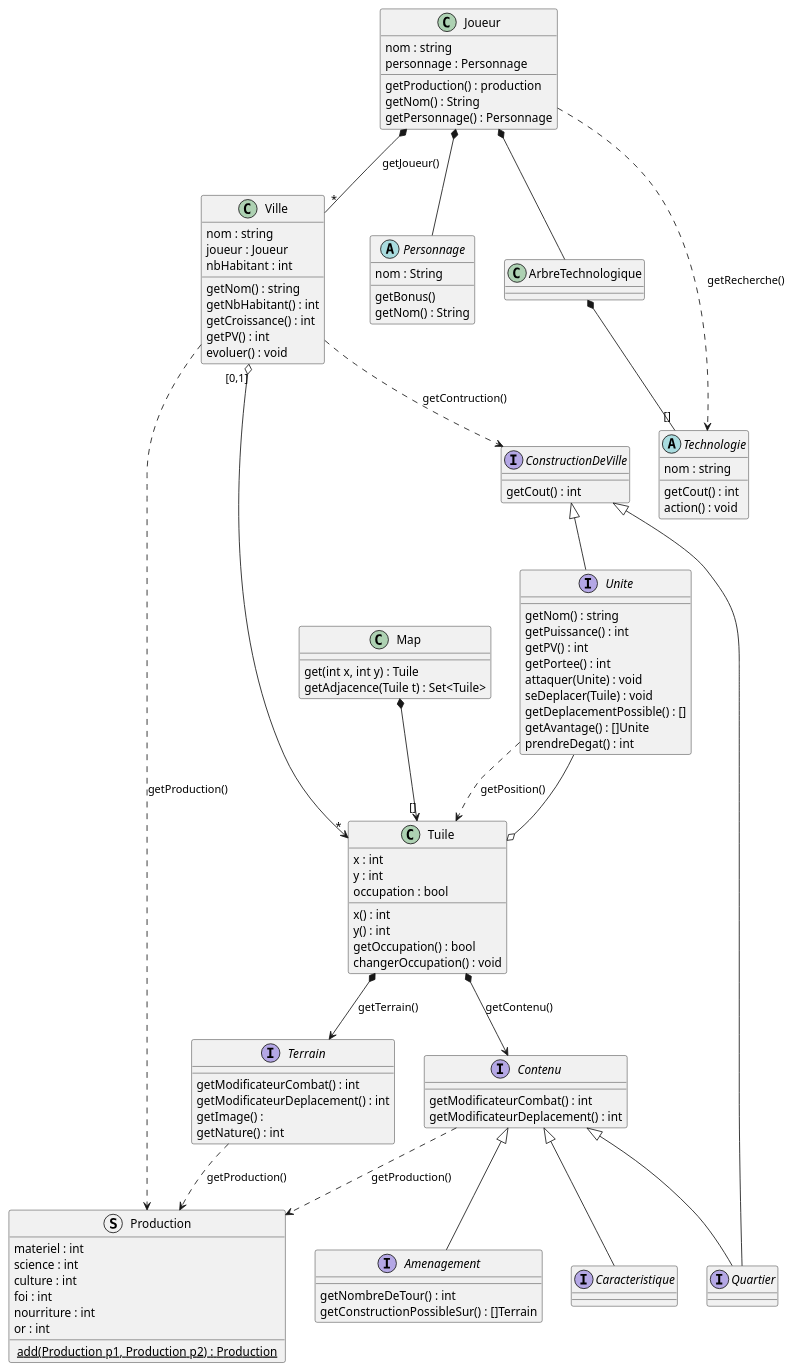
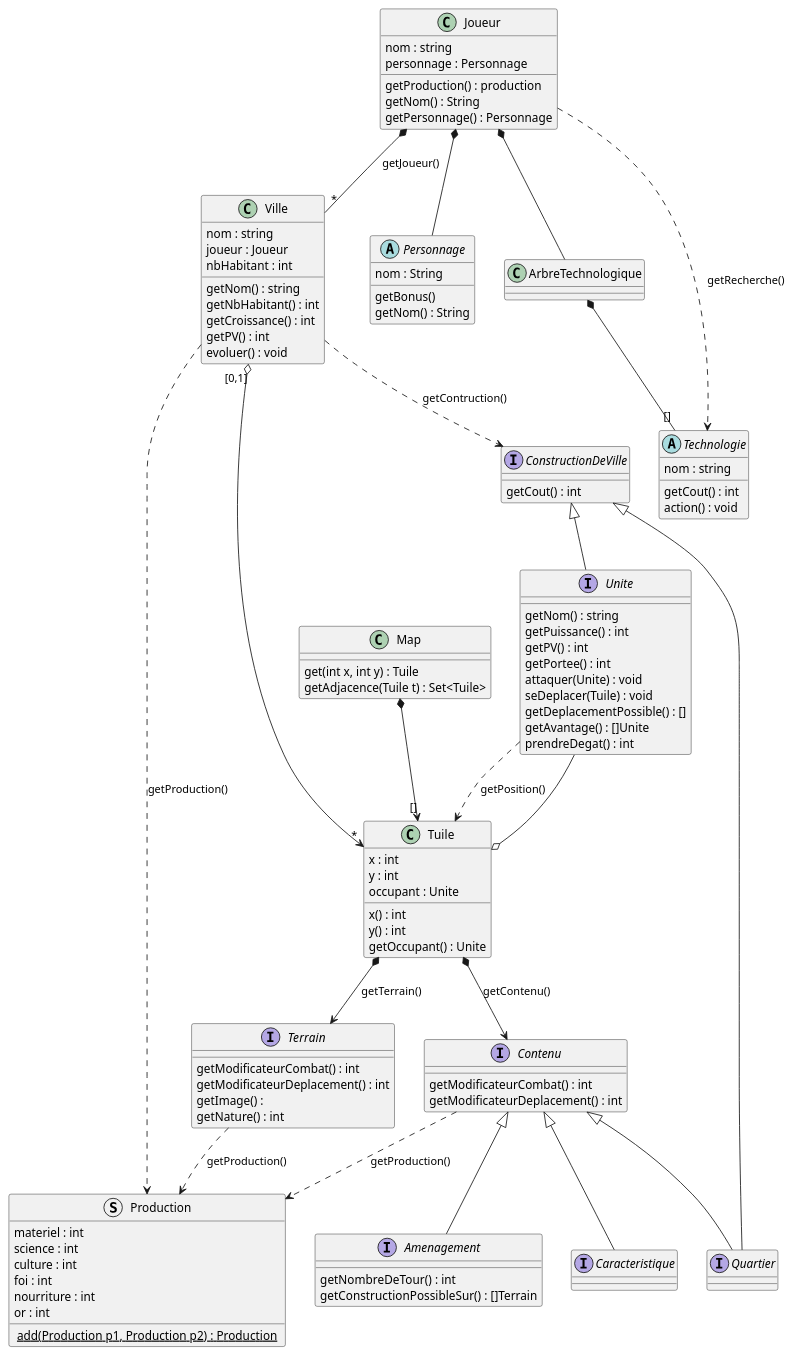
One commit to ProjetTOB-JavaCiv/JavaCivGame changed the diagram in civilization.puml. Above: the diagram before and after it, drawn with PlantUML. The commit also changed 14 other files, not shown here.

```diff
--- a/civilization.puml
+++ b/civilization.puml
@@ -1,135 +1,136 @@
-@startuml Civilization
+@startuml Civilization 
+
+'Attention peut ne pas etre parfaitement a jour, Se referer a javadoc pour plus de precision
 
 Interface Unite {
     getNom() : string
     getPuissance() : int
     getPV() : int
     getPortee() : int
     attaquer(Unite) : void
     seDeplacer(Tuile) : void
     getDeplacementPossible() : []
     getAvantage() : []Unite
     prendreDegat() : int
 }
 
 
 Class Tuile {
     x : int
     y : int
-    occupation : bool
+    occupant : Unite
     x() : int
     y() : int
-    getOccupation() : bool
-    changerOccupation() : void
+    getOccupant() : Unite
 }
 
 Class Map {
     get(int x, int y) : Tuile
     getAdjacence(Tuile t) : Set<Tuile>
 }
 
 
 Interface Terrain {
     getModificateurCombat() : int
     getModificateurDeplacement() : int
     getImage() : 
     getNature() : int
 }
 
 class Ville {
     nom : string
     joueur : Joueur
     nbHabitant : int
     getNom() : string
     getNbHabitant() : int
     getCroissance() : int
     getPV() : int
     evoluer() : void
 }
 
 struct Production {
     materiel : int
     science : int
     culture : int
     foi : int
     nourriture : int
     or : int
 
     <u> add(Production p1, Production p2) : Production </u>
 }
 
 Interface ConstructionDeVille {
     getCout() : int
 }
 
 Interface Contenu {
     getModificateurCombat() : int
     getModificateurDeplacement() : int
 }
 
 
 Interface Quartier
 
 
 Interface Amenagement {
     getNombreDeTour() : int
     getConstructionPossibleSur() : []Terrain
 }
 
 Interface Caracteristique
 
 
 Abstract class Personnage {
     nom : String
     getBonus()
     getNom() : String
 }
 
 
 Class Joueur {
     nom : string
     personnage : Personnage
     getProduction() : production
     getNom() : String
     getPersonnage() : Personnage
 }
 
 Class ArbreTechnologique
 
 Abstract Class Technologie {
     nom : string
     getCout() : int
     action() : void
 }
 
 
 Unite ..> Tuile : getPosition() 
 
 Tuile *--> Terrain : getTerrain()
 Tuile *--> Contenu : getContenu()
 Tuile o-- Unite
 
 Contenu <|-- Quartier
 Contenu <|-- Amenagement
 Contenu <|-- Caracteristique
 Contenu ..> Production : getProduction()
 
 Terrain ..> Production : getProduction()
 
 Ville "[0,1]" o-->"*" Tuile
 Ville ..> ConstructionDeVille : getContruction()
 Ville ..> Production : getProduction()
 
 ConstructionDeVille <|-- Quartier
 ConstructionDeVille <|-- Unite
 
 Joueur *-- "*" Ville : getJoueur()
 Joueur *-- Personnage
 Joueur *-- ArbreTechnologique
 Joueur ..> Technologie : getRecherche()
 
 ArbreTechnologique *-- "[]" Technologie
 
 Map *--> "[]" Tuile
 
 @enduml
```
